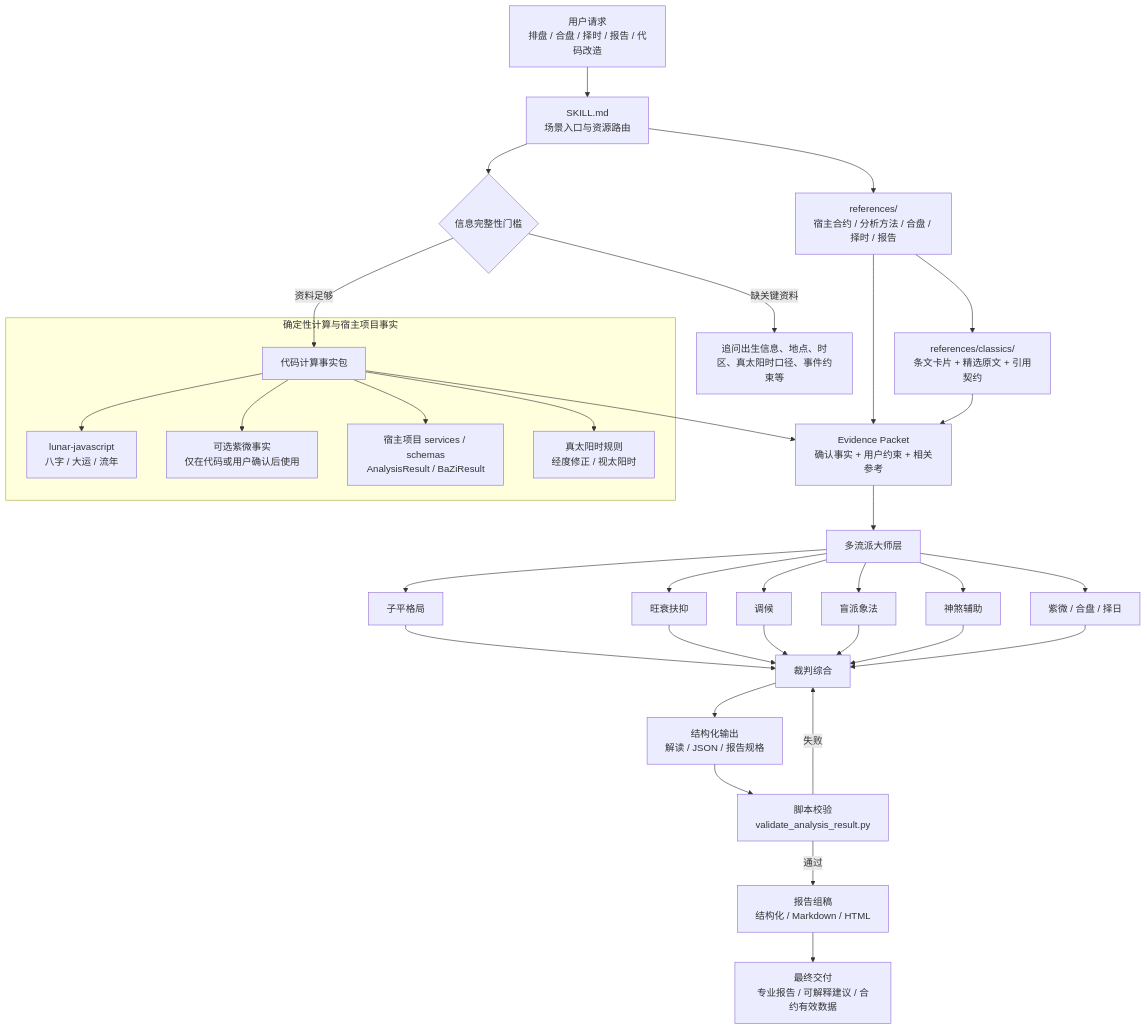
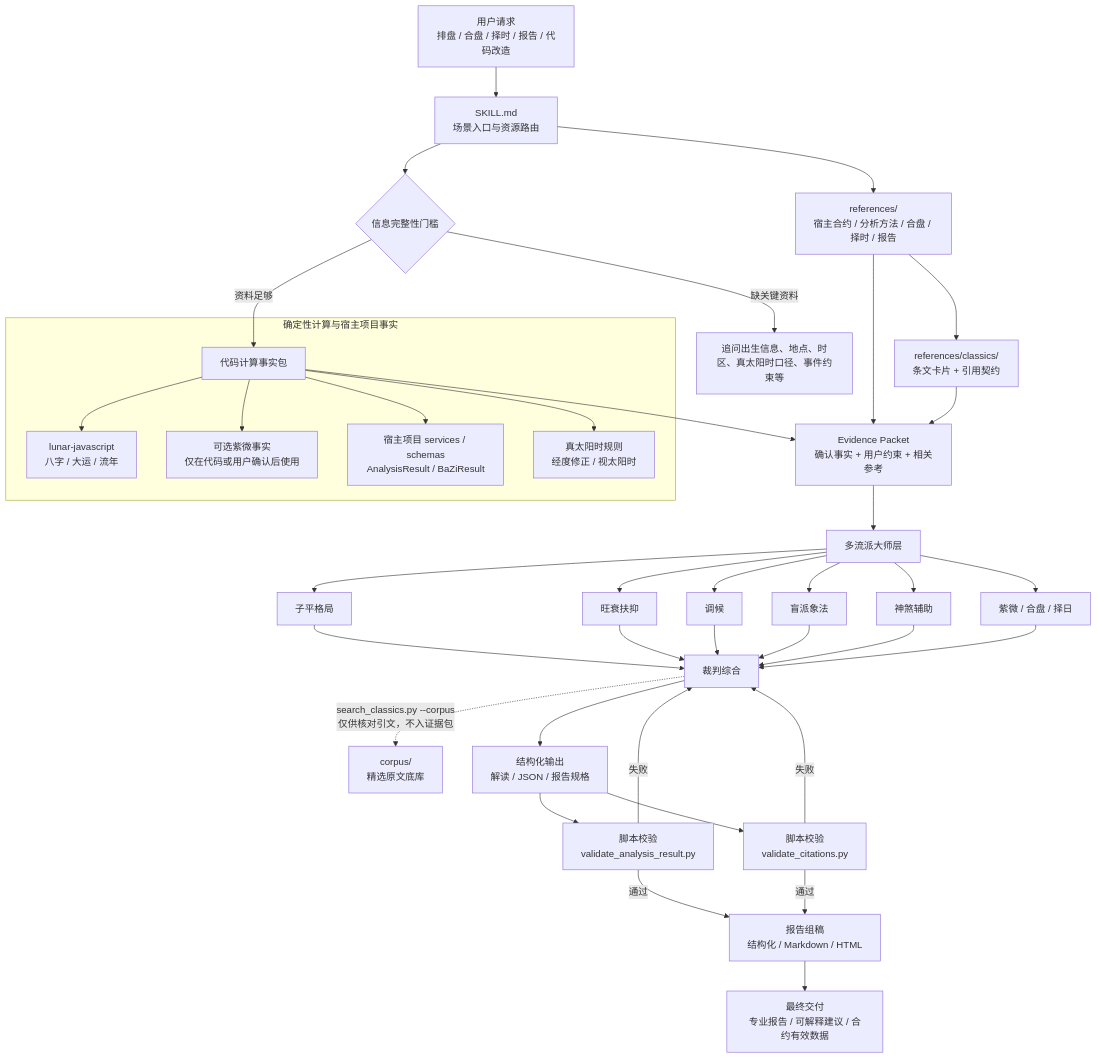
Before and after one commit to xuemian168/bazi-skill: the diagram in README.md, drawn with Mermaid. The commit also changed 2 other files, not shown here.

Commit message:
fix(policy): split classics diagram node and unify SKILL.md command paths
Address Task 12 review findings: the README mermaid diagram bundled cards,
corpus, and the citation contract into one edge feeding the Evidence Packet,
implying raw corpus text is part of the evidence path -- contradicting
index.md's "corpus is not reading material, locate only via
search_classics.py" and SKILL.md's "never read corpus/ end to end". Split the
node so cards+contract feed the packet while corpus is reachable only through
a dotted, script-labeled edge from the referee node, and add a
validate_citations.py gate mirroring the existing validate_analysis_result.py
one. Also unify SKILL.md's Useful Commands to one path convention (full skill
install path for scripts and skill-owned references, matching the
pre-existing commands' host-project-independent behavior) with the assumption
stated once, and sync the plan doc's Step 3 blocks and test count to match.

````diff
--- a/README.md
+++ b/README.md
@@ -77,41 +77,45 @@
 ```mermaid
 flowchart TD
     A["用户请求<br/>排盘 / 合盘 / 择时 / 报告 / 代码改造"] --> B["SKILL.md<br/>场景入口与资源路由"]
     B --> C{"信息完整性门槛"}
     C -->|缺关键资料| C1["追问出生信息、地点、时区、真太阳时口径、事件约束等"]
     C -->|资料足够| D["代码计算事实包"]
 
     subgraph S1["确定性计算与宿主项目事实"]
         D --> D1["lunar-javascript<br/>八字 / 大运 / 流年"]
         D --> D2["可选紫微事实<br/>仅在代码或用户确认后使用"]
         D --> D3["宿主项目 services / schemas<br/>AnalysisResult / BaZiResult"]
         D --> D4["真太阳时规则<br/>经度修正 / 视太阳时"]
     end
 
     D --> E["Evidence Packet<br/>确认事实 + 用户约束 + 相关参考"]
     B --> R["references/<br/>宿主合约 / 分析方法 / 合盘 / 择时 / 报告"]
     R --> E
-    R --> RC["references/classics/<br/>条文卡片 + 精选原文 + 引用契约"]
+    R --> RC["references/classics/<br/>条文卡片 + 引用契约"]
     RC --> E
 
     E --> F["多流派大师层"]
     F --> F1["子平格局"]
     F --> F2["旺衰扶抑"]
     F --> F3["调候"]
     F --> F4["盲派象法"]
     F --> F5["神煞辅助"]
     F --> F6["紫微 / 合盘 / 择日"]
 
     F1 --> G["裁判综合"]
     F2 --> G
     F3 --> G
     F4 --> G
     F5 --> G
     F6 --> G
+    G -.->|"search_classics.py --corpus<br/>仅供核对引文，不入证据包"| RCC["corpus/<br/>精选原文底库"]
 
     G --> H["结构化输出<br/>解读 / JSON / 报告规格"]
     H --> I["脚本校验<br/>validate_analysis_result.py"]
+    H --> IC["脚本校验<br/>validate_citations.py"]
     I -->|通过| J["报告组稿<br/>结构化 / Markdown / HTML"]
+    IC -->|通过| J
     I -->|失败| G
+    IC -->|失败| G
     J --> K["最终交付<br/>专业报告 / 可解释建议 / 合约有效数据"]
 ```
````
